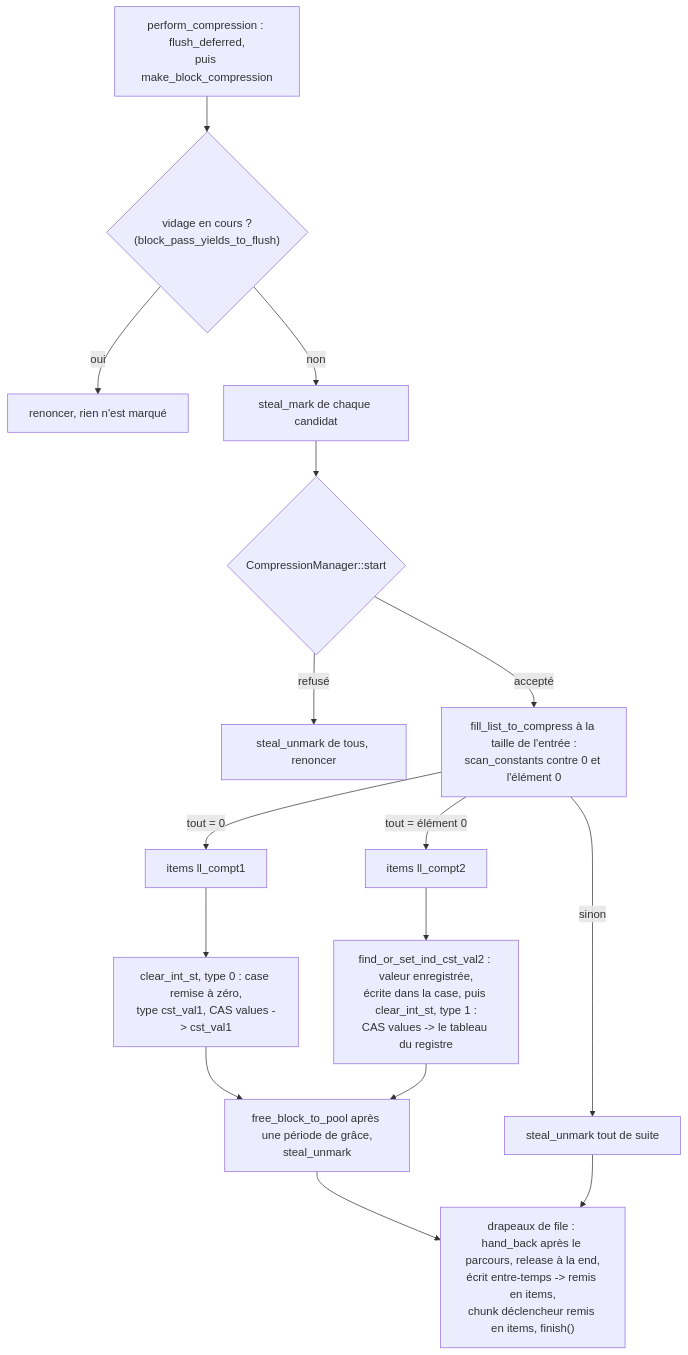
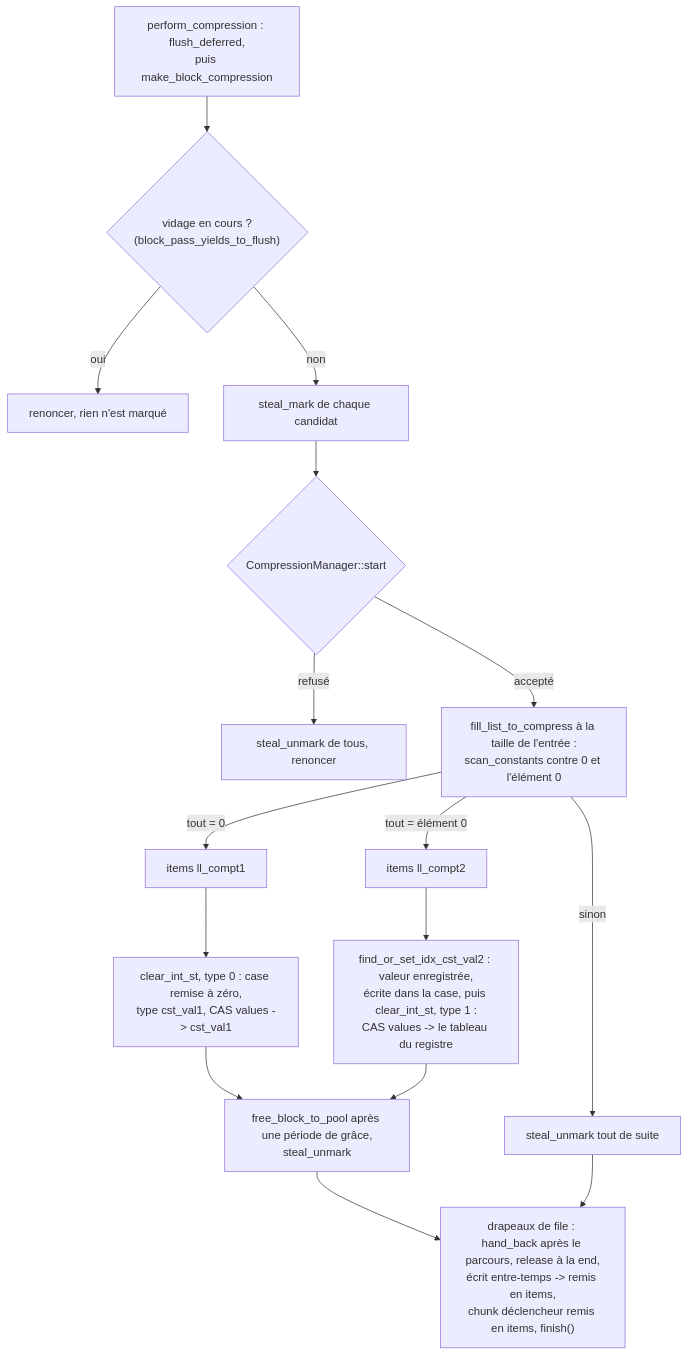
One commit to cea-hpc/shrink-array changed the first of 2 diagrams in docs/algo_zero_any_fr.md. Above: the diagram before and after it, drawn with Mermaid. The commit also changed other lines of this file and 61 other files, not shown here.

First line of the commit message:
French names in English (3/4): ind (indice) is idx, IndType is IndexType

````diff
--- a/docs/algo_zero_any_fr.md
+++ b/docs/algo_zero_any_fr.md
@@ -135,18 +135,18 @@
 ```mermaid
 flowchart TD
     A["perform_compression : flush_deferred,<br/>puis make_block_compression"] --> B{"vidage en cours ?<br/>(block_pass_yields_to_flush)"}
     B -->|oui| B1["renoncer, rien n'est marqué"]
     B -->|non| C["steal_mark de chaque candidat"]
     C --> D{"CompressionManager::start"}
     D -->|refusé| D1["steal_unmark de tous, renoncer"]
     D -->|accepté| E["fill_list_to_compress à la taille de l'entrée :<br/>scan_constants contre 0 et l'élément 0"]
     E -->|"tout = 0"| F["items ll_compt1"]
     E -->|"tout = élément 0"| G["items ll_compt2"]
     E -->|"sinon"| N["steal_unmark tout de suite"]
     F --> F1["clear_int_st, type 0 : case remise à zéro,<br/>type cst_val1, CAS values -> cst_val1"]
-    G --> G1["find_or_set_ind_cst_val2 : valeur enregistrée,<br/>écrite dans la case, puis clear_int_st, type 1 :<br/>CAS values -> le tableau du registre"]
+    G --> G1["find_or_set_idx_cst_val2 : valeur enregistrée,<br/>écrite dans la case, puis clear_int_st, type 1 :<br/>CAS values -> le tableau du registre"]
     F1 --> R["free_block_to_pool après une période de grâce,<br/>steal_unmark"]
     G1 --> R
     R --> K["drapeaux de file : hand_back après le parcours, release à la end,<br/>écrit entre-temps -> remis en items,<br/>chunk déclencheur remis en items, finish()"]
     N --> K
 ```
````
